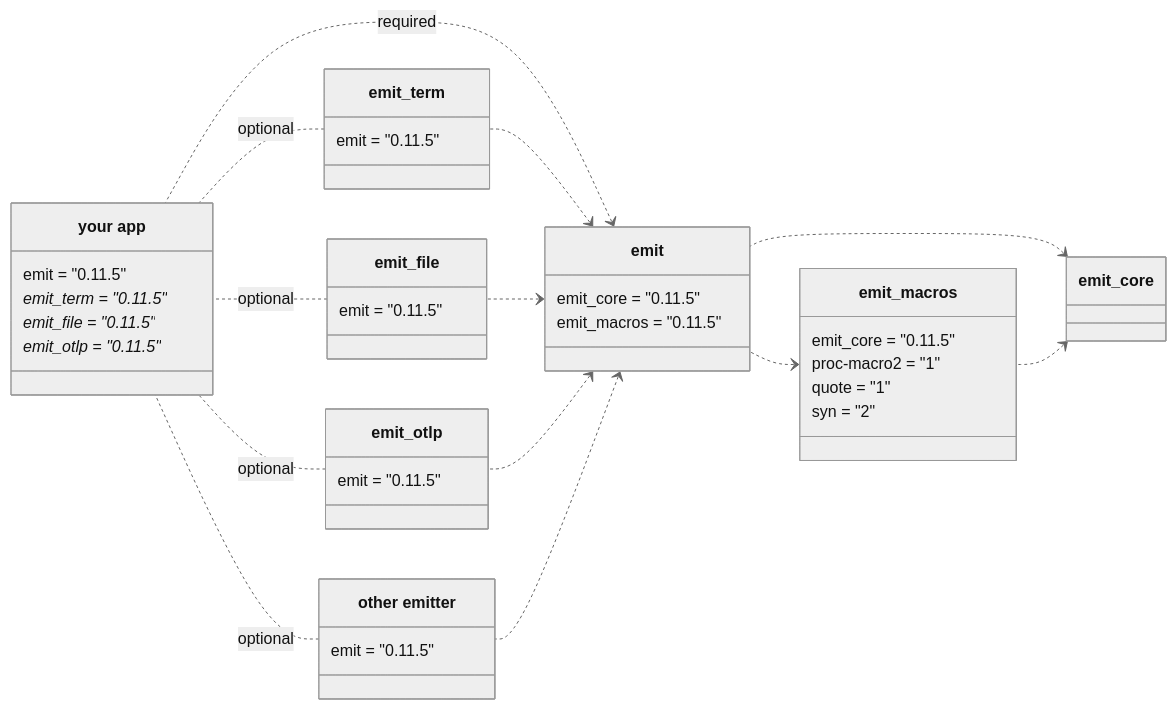
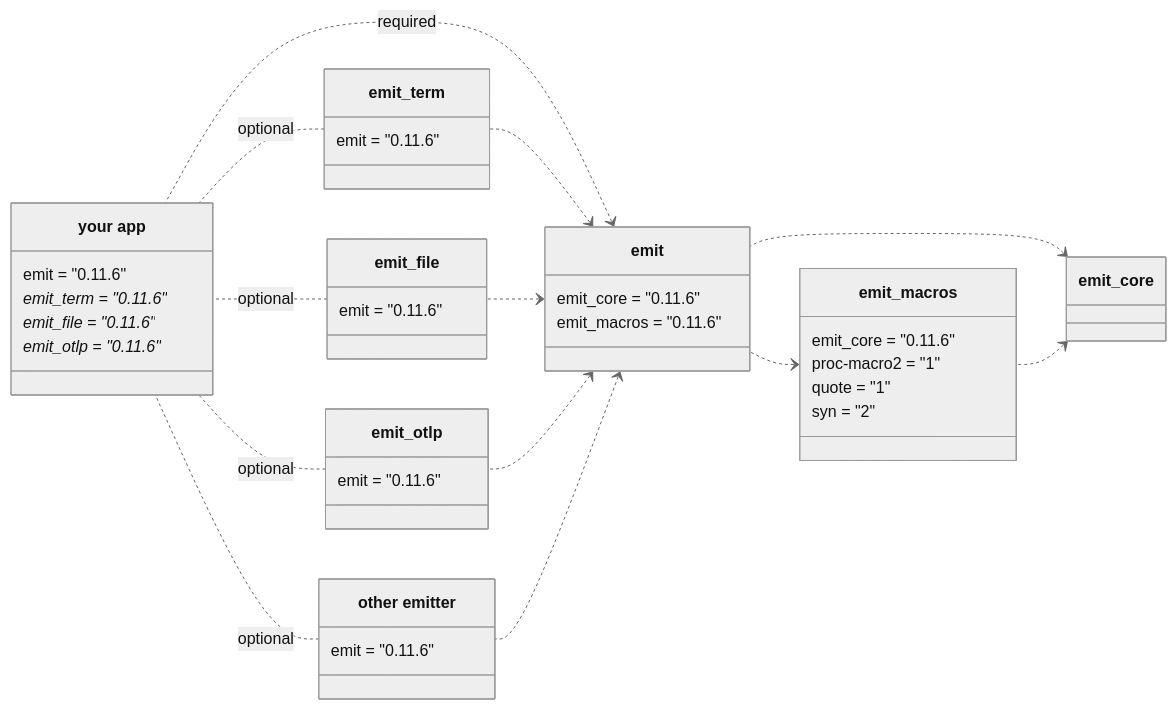
Before and after one commit to emit-rs/emit: the first of 5 diagrams in book/src/reference/architecture.md, drawn with Mermaid (neutral theme). The commit also changed other lines of this file and 58 other files, not shown here.

````diff
--- a/book/src/reference/architecture.md
+++ b/book/src/reference/architecture.md
@@ -9,62 +9,62 @@
 ```mermaid
 classDiagram
     direction RL
     
     emit_core <.. emit_macros
     emit_core <.. emit
     emit_macros <.. emit
 
     class emit_macros {
-        emit_core = "0.11.5"
+        emit_core = "0.11.6"
         proc-macro2 = "1"
         quote = "1"
         syn = "2"
     }
 
     emit <.. emit_term
     emit <.. emit_file
     emit <.. emit_otlp
     emit <.. emit_custom
 
     emit <.. app : required
 
     class emit {
-        emit_core = "0.11.5"
-        emit_macros = "0.11.5"
+        emit_core = "0.11.6"
+        emit_macros = "0.11.6"
     }
 
     emit_term .. app : optional
     emit_file .. app : optional
     emit_otlp .. app : optional
     emit_custom .. app : optional
 
     class emit_term {
-        emit = "0.11.5"
+        emit = "0.11.6"
     }
 
     class emit_file {
-        emit = "0.11.5"
+        emit = "0.11.6"
     }
 
     class emit_otlp {
-        emit = "0.11.5"
+        emit = "0.11.6"
     }
 
     class emit_custom["other emitter"] {
-        emit = "0.11.5"
+        emit = "0.11.6"
     }
 
     class app["your app"] {
-        emit = "0.11.5"
-        emit_term = "0.11.5"*
-        emit_file = "0.11.5"*
-        emit_otlp = "0.11.5"*
+        emit = "0.11.6"
+        emit_term = "0.11.6"*
+        emit_file = "0.11.6"*
+        emit_otlp = "0.11.6"*
     }
 
-    click emit_core href "https://docs.rs/emit_core/0.11.5/emit_core/index.html"
-    click emit_macros href "https://docs.rs/emit_macros/0.11.5/emit_macros/index.html"
-    click emit href "https://docs.rs/emit/0.11.5/emit/index.html"
-    click emit_term href "https://docs.rs/emit_term/0.11.5/emit_term/index.html"
-    click emit_file href "https://docs.rs/emit_file/0.11.5/emit_file/index.html"
-    click emit_otlp href "https://docs.rs/emit_otlp/0.11.5/emit_otlp/index.html"
+    click emit_core href "https://docs.rs/emit_core/0.11.6/emit_core/index.html"
+    click emit_macros href "https://docs.rs/emit_macros/0.11.6/emit_macros/index.html"
+    click emit href "https://docs.rs/emit/0.11.6/emit/index.html"
+    click emit_term href "https://docs.rs/emit_term/0.11.6/emit_term/index.html"
+    click emit_file href "https://docs.rs/emit_file/0.11.6/emit_file/index.html"
+    click emit_otlp href "https://docs.rs/emit_otlp/0.11.6/emit_otlp/index.html"
 ```
````
